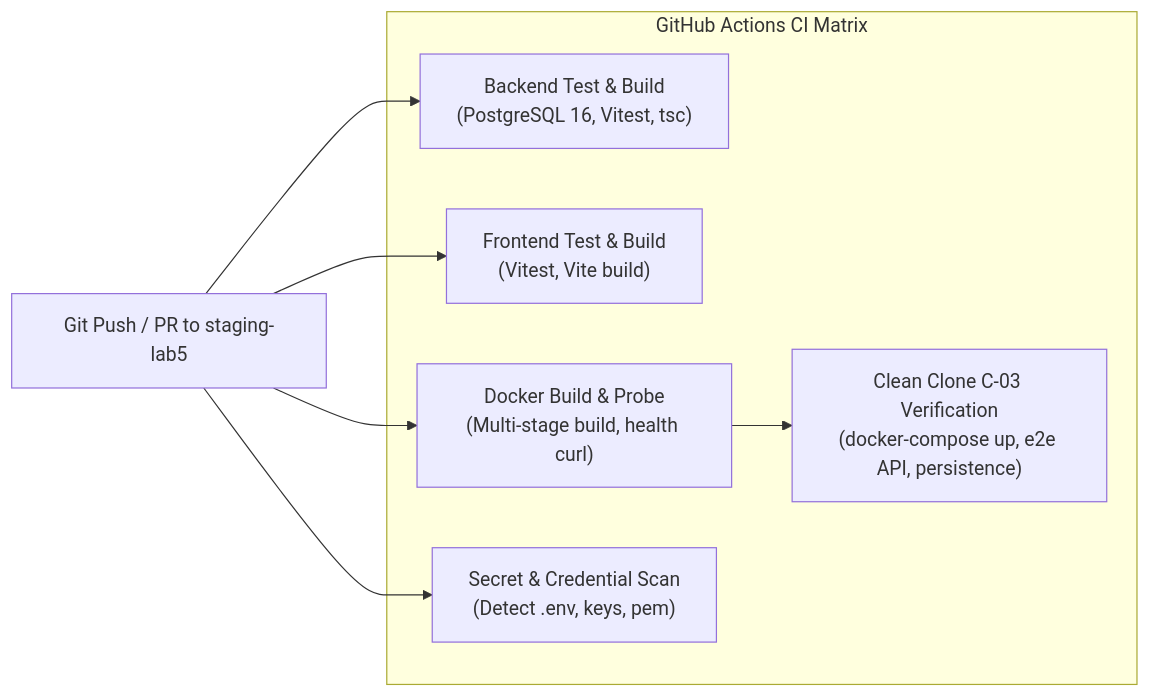
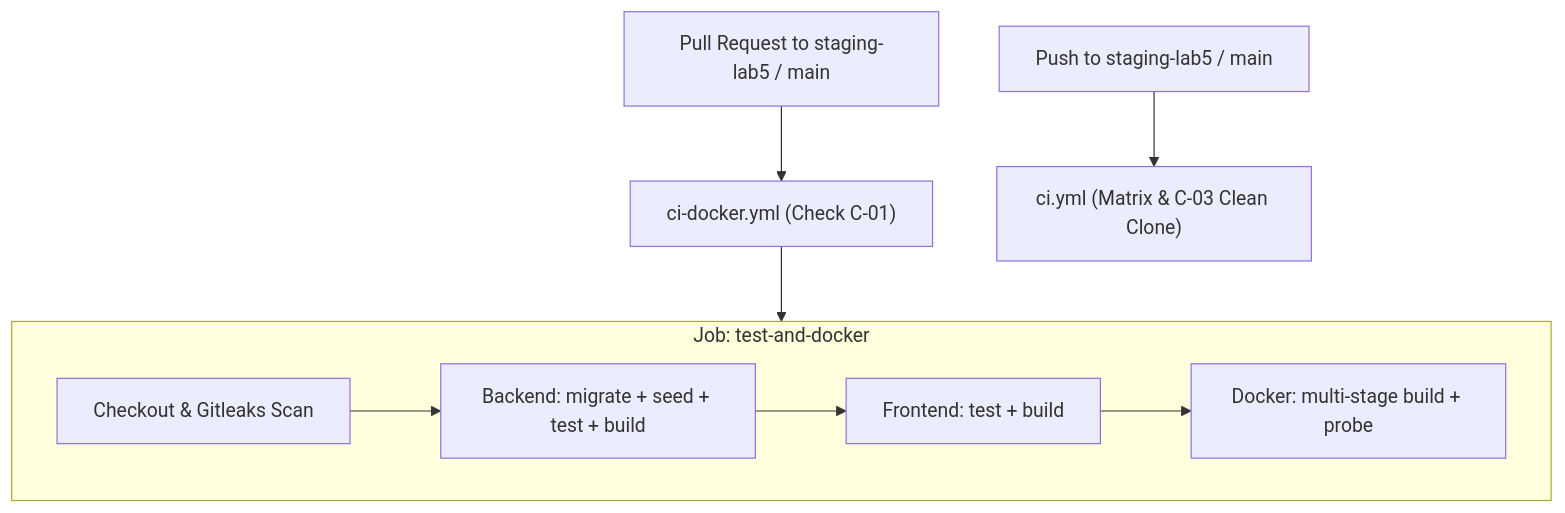
One commit to Pilaiwan3492/Whatsss-PMandELS changed the second of 2 diagrams in docs/labs/lab-05/deployment.md. Above: the diagram before and after it, drawn with Mermaid. The commit also changed other lines of this file and 2 other files, not shown here.

Commit message:
ci(github): add CI and Docker build workflow on PRs C-01 (Issue #18)

````diff
--- a/docs/labs/lab-05/deployment.md
+++ b/docs/labs/lab-05/deployment.md
@@ -697,18 +697,14 @@
 ```mermaid
-flowchart LR
-    PushOrPR["Git Push / PR to staging-lab5"]
+flowchart TD
+    PR["Pull Request to staging-lab5 / main"] --> CIDocker["ci-docker.yml (Check C-01)"]
     
-    subgraph CIJobs ["GitHub Actions CI Matrix"]
-        BackendJob["Backend Test & Build<br/>(PostgreSQL 16, Vitest, tsc)"]
-        FrontendJob["Frontend Test & Build<br/>(Vitest, Vite build)"]
-        DockerJob["Docker Build & Probe<br/>(Multi-stage build, health curl)"]
-        CleanCloneJob["Clean Clone C-03 Verification<br/>(docker-compose up, e2e API, persistence)"]
-        SecurityJob["Secret & Credential Scan<br/>(Detect .env, keys, pem)"]
+    subgraph TestAndDockerJob ["Job: test-and-docker"]
+        Checkout["Checkout & Gitleaks Scan"] --> BackendSteps["Backend: migrate + seed + test + build"]
+        BackendSteps --> FrontendSteps["Frontend: test + build"]
+        FrontendSteps --> DockerSteps["Docker: multi-stage build + probe"]
     end
     
-    PushOrPR --> BackendJob
-    PushOrPR --> FrontendJob
-    PushOrPR --> DockerJob
-    DockerJob --> CleanCloneJob
-    PushOrPR --> SecurityJob
+    CIDocker --> TestAndDockerJob
+    
+    PushBranch["Push to staging-lab5 / main"] --> CIPush["ci.yml (Matrix & C-03 Clean Clone)"]
 ```
````
